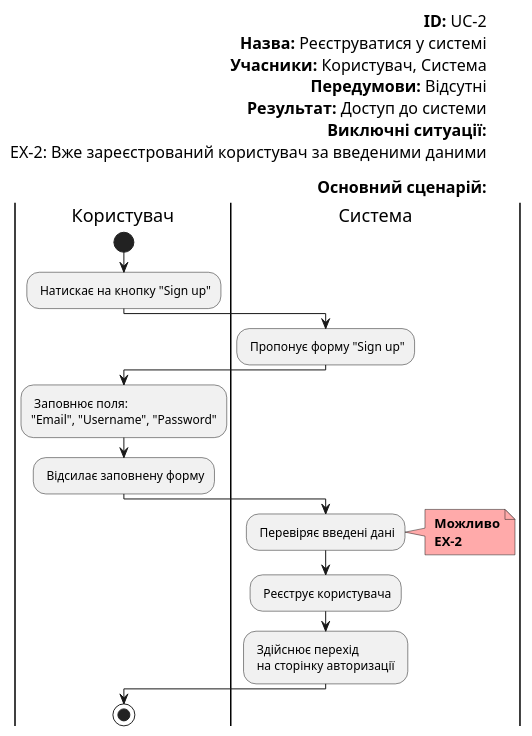
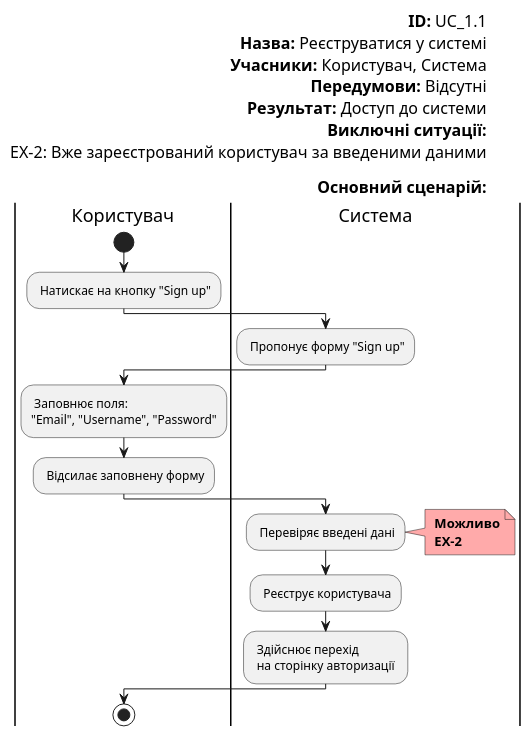
Before and after one commit to boldak/edu-db-cw: the second of 4 diagrams in docs/use cases/README.md, drawn with PlantUML. The commit also changed other lines of this file, not shown here.

```diff
--- a/docs/use cases/README.md
+++ b/docs/use cases/README.md
@@ -73,33 +73,33 @@
 @startuml
 
     left header
-    <font color=000 size=16><b>ID:</b> UC-2
+    <font color=000 size=16><b>ID:</b> UC_1.1
     <font color=000 size=16><b>Назва:</b> Реєструватися у системі
     <font color=000 size=16><b>Учасники:</b> Користувач, Система
     <font color=000 size=16><b>Передумови:</b> Відсутні
     <font color=000 size=16><b>Результат:</b> Доступ до системи
     <font color=000 size=16><b>Виключні ситуації:</b>
     <font color=000 size=16>EX-2: Вже зареєстрований користувач за введеними даними
     
     <font color=000 size=16><b>Основний сценарій:</b>
 end header
 
 |Користувач|
     start
     : Натискає на кнопку "Sign up";
 |Система|
     : Пропонує форму "Sign up";
 |Користувач|
     : Заповнює поля:\n"Email", "Username", "Password";
     : Відсилає заповнену форму;
 |Система|
     : Перевіряє введені дані;
     note right #ffaaaa
     <b> Можливо
     <b> EX-2
     end note
     : Реєструє користувача;
     : Здійснює перехід\n на сторінку авторизації ;
 |Користувач|
     stop;
 @enduml
```
